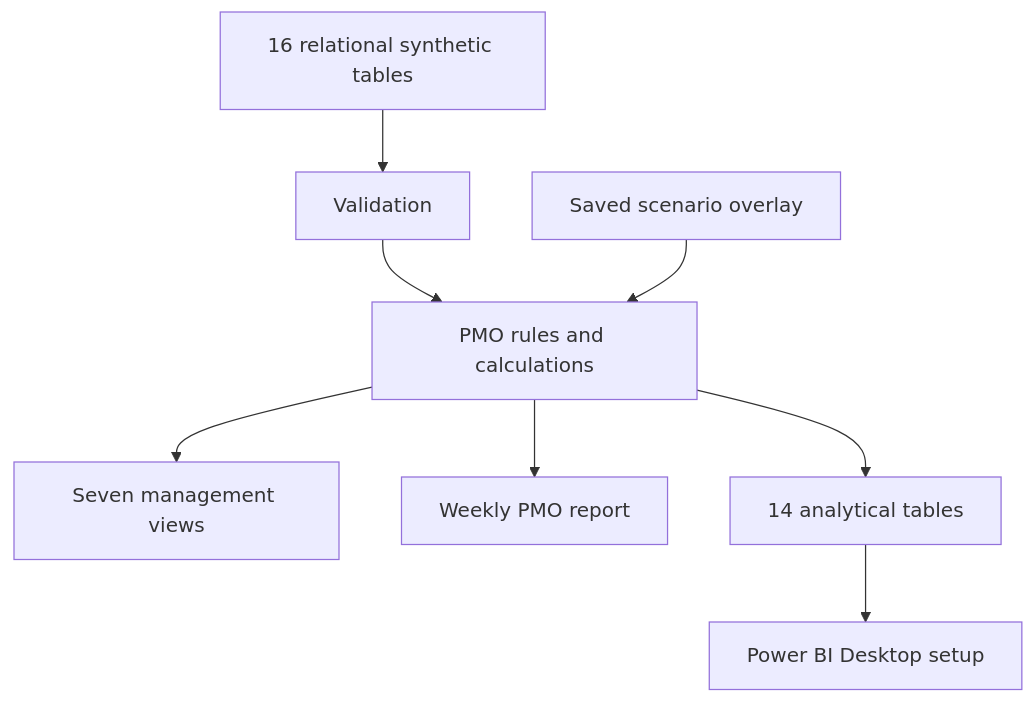
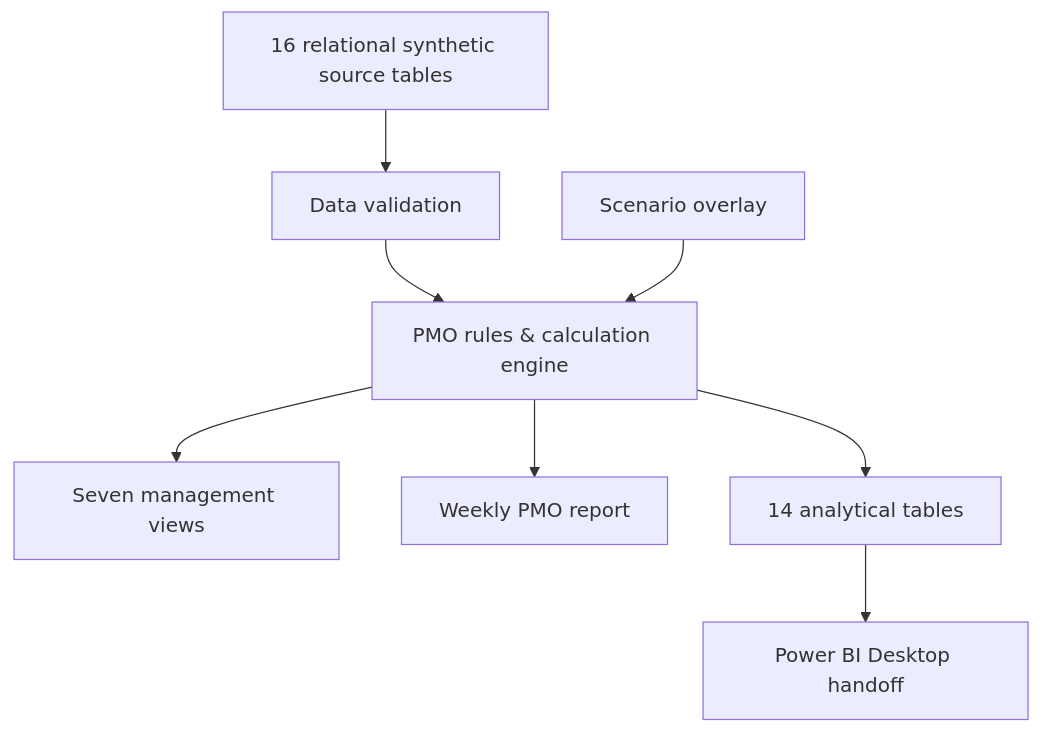
Before and after one commit to Sreejith4554/pmo-portfolio-command-center: the diagram in README.md, drawn with Mermaid. The commit also changed other lines of this file, not shown here.

````diff
--- a/README.md
+++ b/README.md
@@ -110,10 +170,12 @@
 ```mermaid
 flowchart TD
-  SOURCE["16 relational synthetic tables"] --> VALIDATE["Validation"]
-  VALIDATE --> ENGINE["PMO rules and calculations"]
-  SCENARIO["Saved scenario overlay"] --> ENGINE
-  ENGINE --> APP["Seven management views"]
-  ENGINE --> REPORT["Weekly PMO report"]
-  ENGINE --> DATA["14 analytical tables"]
-  DATA --> POWERBI["Power BI Desktop setup"]
+    SOURCE["16 relational synthetic source tables"] --> VALIDATE["Data validation"]
+    VALIDATE --> ENGINE["PMO rules & calculation engine"]
+    SCENARIO["Scenario overlay"] --> ENGINE
+
+    ENGINE --> APP["Seven management views"]
+    ENGINE --> REPORT["Weekly PMO report"]
+    ENGINE --> DATA["14 analytical tables"]
+
+    DATA --> POWERBI["Power BI Desktop handoff"]
 ```
````
